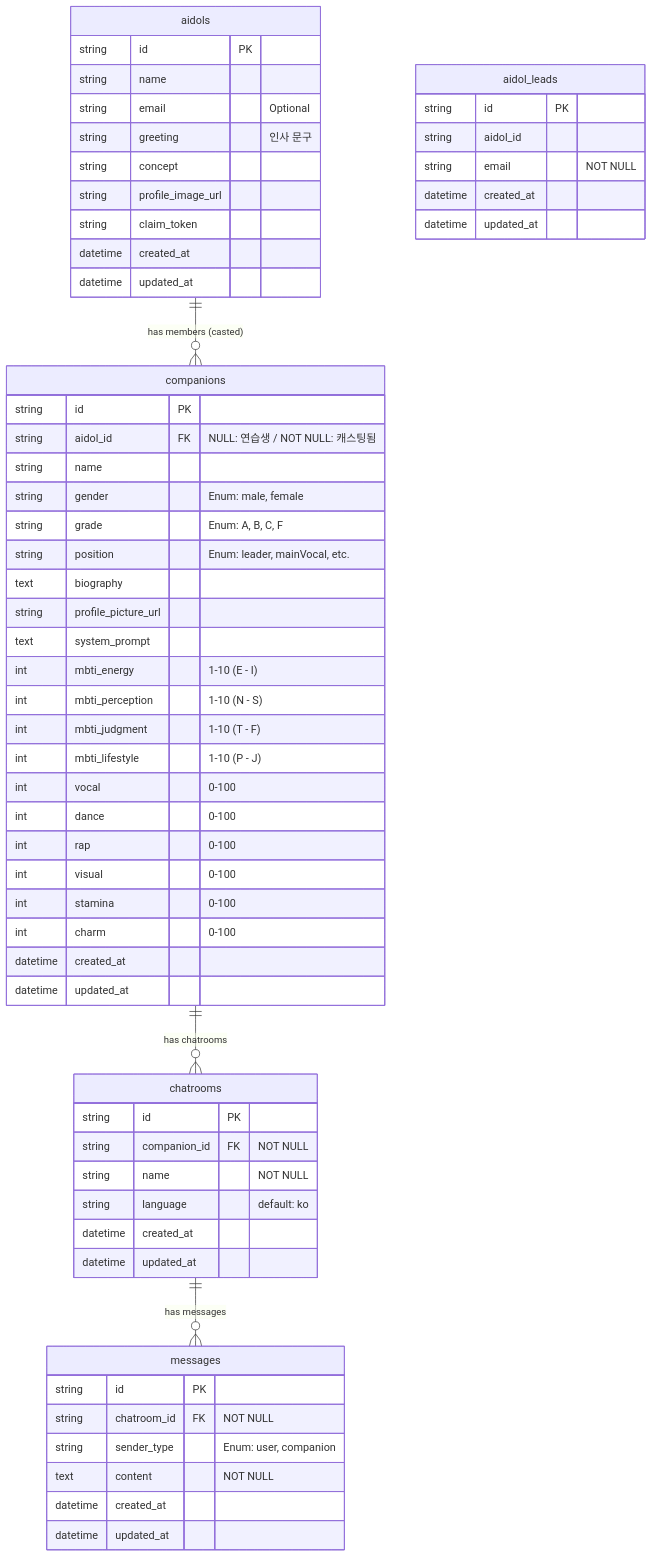
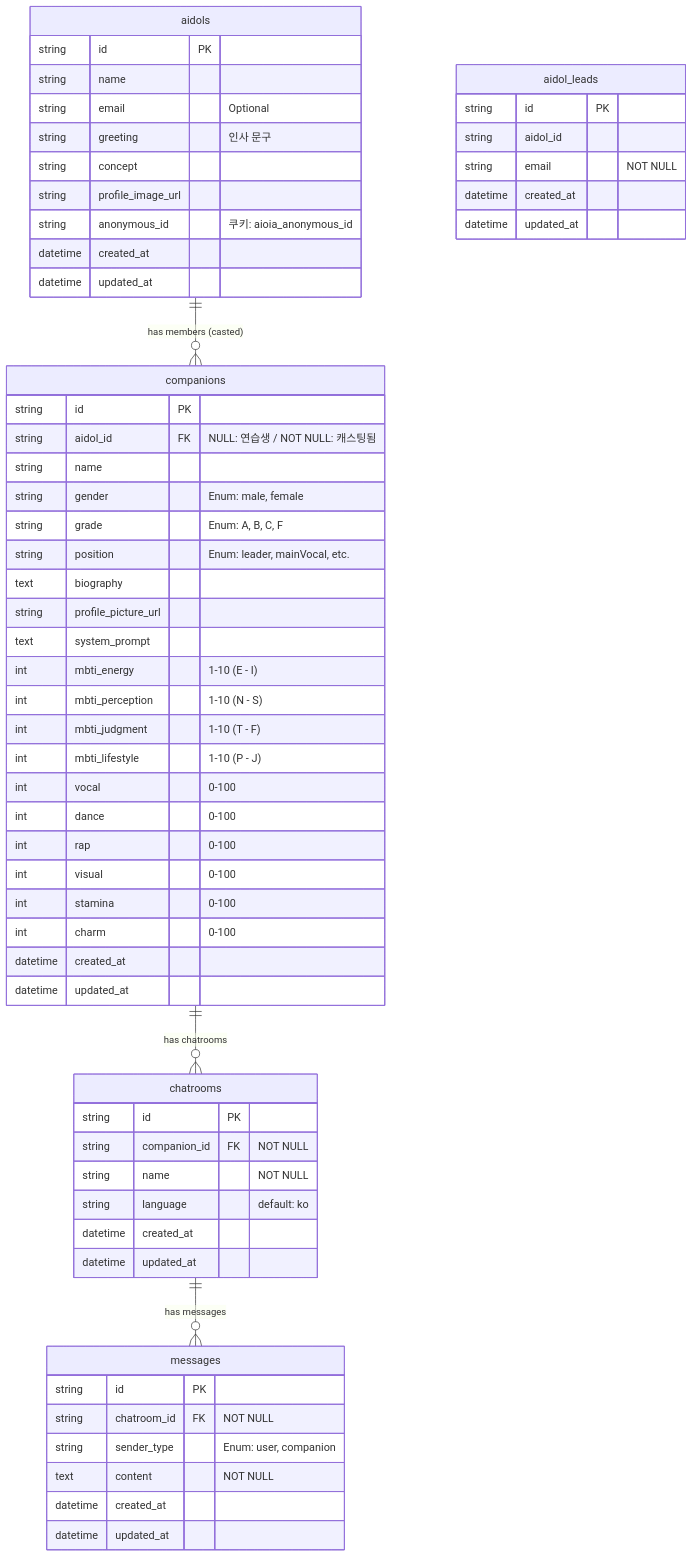
The diagram in 04_development/erd/20260115__aidol-erd__draft__v0.1__yw.md (algorima/aidol-docs), drawn with Mermaid before and after one commit. The commit also changed other lines of this file, not shown here.

Commit message:
docs(erd): PR #38 관련 필드명 업데이트
- claim_token → anonymous_id
- 필드 설명 업데이트 (쿠키명: aioia_anonymous_id)

````diff
--- a/04_development/erd/20260115__aidol-erd__draft__v0.1__yw.md
+++ b/04_development/erd/20260115__aidol-erd__draft__v0.1__yw.md
@@ -9,68 +9,68 @@
 ```mermaid
 erDiagram
     aidols ||--o{ companions : "has members (casted)"
     companions ||--o{ chatrooms : "has chatrooms"
     chatrooms ||--o{ messages : "has messages"
 
     aidols {
         string id PK
         string name
         string email "Optional"
         string greeting "인사 문구"
         string concept
         string profile_image_url
-        string claim_token
+        string anonymous_id "쿠키: aioia_anonymous_id"
         datetime created_at
         datetime updated_at
     }
 
     companions {
         string id PK
         string aidol_id FK "NULL: 연습생 / NOT NULL: 캐스팅됨"
         string name
         string gender "Enum: male, female"
         string grade "Enum: A, B, C, F"
         string position "Enum: leader, mainVocal, etc."
         text biography
         string profile_picture_url
         text system_prompt
         int mbti_energy "1-10 (E - I)"
         int mbti_perception "1-10 (N - S)"
         int mbti_judgment "1-10 (T - F)"
         int mbti_lifestyle "1-10 (P - J)"
         int vocal "0-100"
         int dance "0-100"
         int rap "0-100"
         int visual "0-100"
         int stamina "0-100"
         int charm "0-100"
         datetime created_at
         datetime updated_at
     }
 
     chatrooms {
         string id PK
         string companion_id FK "NOT NULL"
         string name "NOT NULL"
         string language "default: ko"
         datetime created_at
         datetime updated_at
     }
 
     messages {
         string id PK
         string chatroom_id FK "NOT NULL"
         string sender_type "Enum: user, companion"
         text content "NOT NULL"
         datetime created_at
         datetime updated_at
     }
 
     aidol_leads {
         string id PK
         string aidol_id
         string email "NOT NULL"
         datetime created_at
         datetime updated_at
     }
 ```
````
